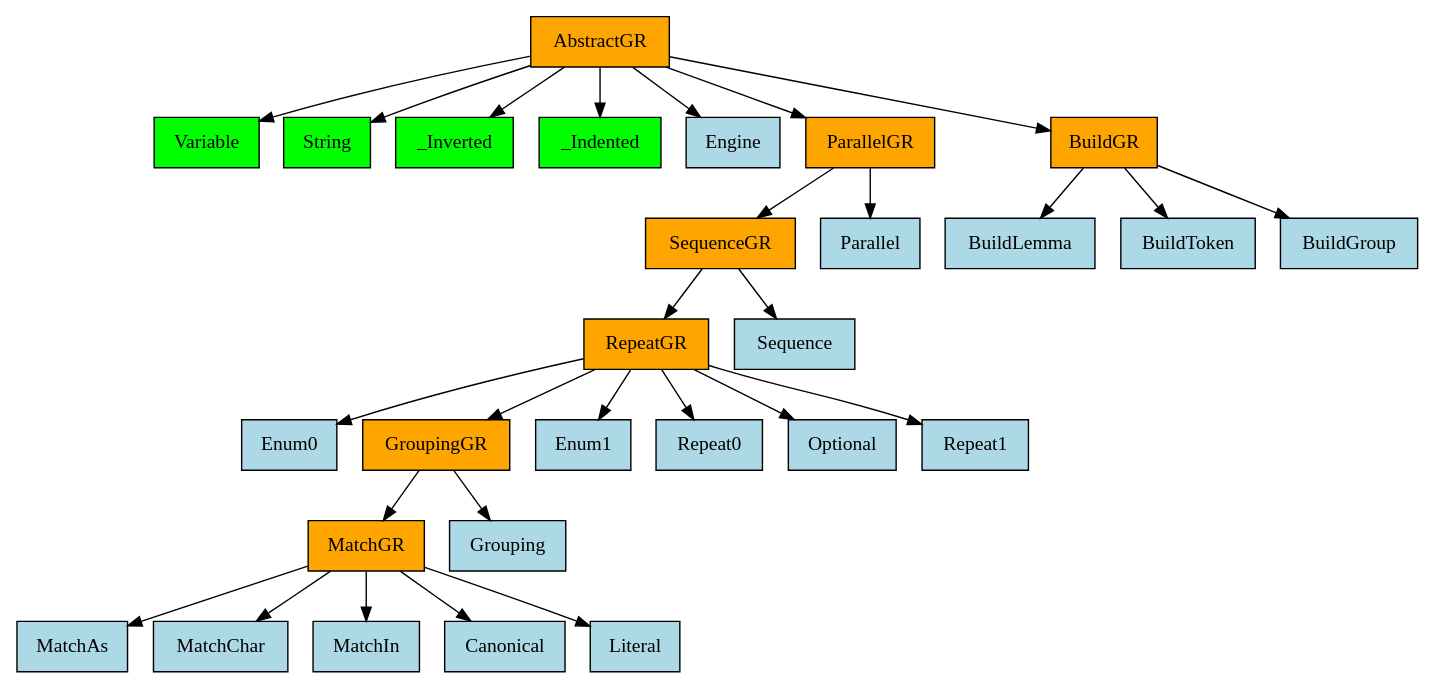
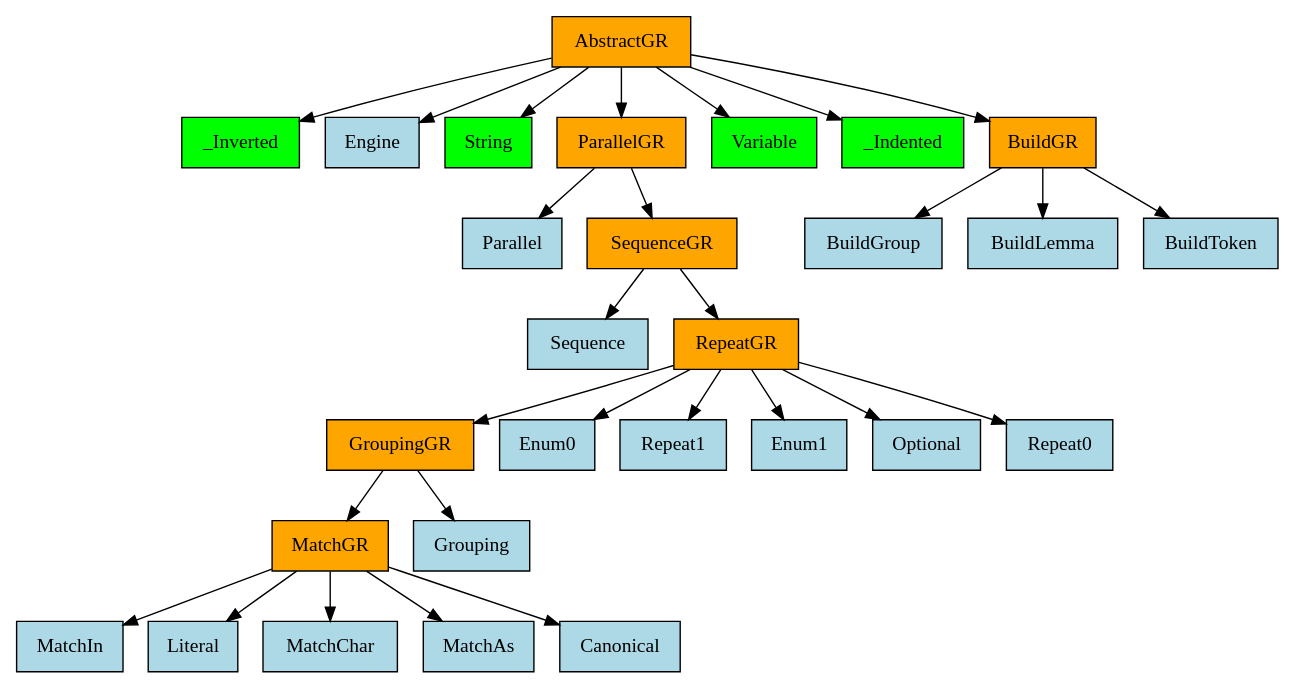
One commit to GabrielAmare/Language changed the diagram in language/base/bnf/v0_0_1/core/mro_graph.gv. Above: the diagram before and after it, drawn with Graphviz. The commit also changed 8 other files, not shown here.

```diff
--- a/language/base/bnf/v0_0_1/core/mro_graph.gv
+++ b/language/base/bnf/v0_0_1/core/mro_graph.gv
@@ -1,57 +1,57 @@
 digraph {
 	0 [label=AbstractGR fillcolor=orange shape=rect style=filled]
-	1 [label=Variable fillcolor=lime shape=rect style=filled]
-	2 [label=String fillcolor=lime shape=rect style=filled]
-	3 [label=_Inverted fillcolor=lime shape=rect style=filled]
-	4 [label=_Indented fillcolor=lime shape=rect style=filled]
-	5 [label=Engine fillcolor=lightblue shape=rect style=filled]
-	6 [label=ParallelGR fillcolor=orange shape=rect style=filled]
+	1 [label=_Inverted fillcolor=lime shape=rect style=filled]
+	2 [label=Engine fillcolor=lightblue shape=rect style=filled]
+	3 [label=String fillcolor=lime shape=rect style=filled]
+	4 [label=ParallelGR fillcolor=orange shape=rect style=filled]
+	5 [label=Variable fillcolor=lime shape=rect style=filled]
+	6 [label=_Indented fillcolor=lime shape=rect style=filled]
 	7 [label=BuildGR fillcolor=orange shape=rect style=filled]
-	8 [label=BuildLemma fillcolor=lightblue shape=rect style=filled]
-	9 [label=BuildToken fillcolor=lightblue shape=rect style=filled]
-	10 [label=BuildGroup fillcolor=lightblue shape=rect style=filled]
-	11 [label=SequenceGR fillcolor=orange shape=rect style=filled]
-	12 [label=Parallel fillcolor=lightblue shape=rect style=filled]
-	13 [label=RepeatGR fillcolor=orange shape=rect style=filled]
-	14 [label=Sequence fillcolor=lightblue shape=rect style=filled]
-	15 [label=Enum0 fillcolor=lightblue shape=rect style=filled]
-	16 [label=GroupingGR fillcolor=orange shape=rect style=filled]
-	17 [label=Enum1 fillcolor=lightblue shape=rect style=filled]
-	18 [label=Repeat0 fillcolor=lightblue shape=rect style=filled]
+	8 [label=BuildGroup fillcolor=lightblue shape=rect style=filled]
+	9 [label=BuildLemma fillcolor=lightblue shape=rect style=filled]
+	10 [label=BuildToken fillcolor=lightblue shape=rect style=filled]
+	11 [label=Parallel fillcolor=lightblue shape=rect style=filled]
+	12 [label=SequenceGR fillcolor=orange shape=rect style=filled]
+	13 [label=Sequence fillcolor=lightblue shape=rect style=filled]
+	14 [label=RepeatGR fillcolor=orange shape=rect style=filled]
+	15 [label=GroupingGR fillcolor=orange shape=rect style=filled]
+	16 [label=Enum0 fillcolor=lightblue shape=rect style=filled]
+	17 [label=Repeat1 fillcolor=lightblue shape=rect style=filled]
+	18 [label=Enum1 fillcolor=lightblue shape=rect style=filled]
 	19 [label=Optional fillcolor=lightblue shape=rect style=filled]
-	20 [label=Repeat1 fillcolor=lightblue shape=rect style=filled]
+	20 [label=Repeat0 fillcolor=lightblue shape=rect style=filled]
 	21 [label=MatchGR fillcolor=orange shape=rect style=filled]
 	22 [label=Grouping fillcolor=lightblue shape=rect style=filled]
-	23 [label=MatchAs fillcolor=lightblue shape=rect style=filled]
-	24 [label=MatchChar fillcolor=lightblue shape=rect style=filled]
-	25 [label=MatchIn fillcolor=lightblue shape=rect style=filled]
-	26 [label=Canonical fillcolor=lightblue shape=rect style=filled]
-	27 [label=Literal fillcolor=lightblue shape=rect style=filled]
+	23 [label=MatchIn fillcolor=lightblue shape=rect style=filled]
+	24 [label=Literal fillcolor=lightblue shape=rect style=filled]
+	25 [label=MatchChar fillcolor=lightblue shape=rect style=filled]
+	26 [label=MatchAs fillcolor=lightblue shape=rect style=filled]
+	27 [label=Canonical fillcolor=lightblue shape=rect style=filled]
 	0 -> 1
 	0 -> 2
 	0 -> 3
 	0 -> 4
 	0 -> 5
 	0 -> 6
 	0 -> 7
 	7 -> 8
 	7 -> 9
 	7 -> 10
-	6 -> 11
-	6 -> 12
-	11 -> 13
-	11 -> 14
-	13 -> 15
-	13 -> 16
-	13 -> 17
-	13 -> 18
-	13 -> 19
-	13 -> 20
-	16 -> 21
-	16 -> 22
+	4 -> 11
+	4 -> 12
+	12 -> 13
+	12 -> 14
+	14 -> 15
+	14 -> 16
+	14 -> 17
+	14 -> 18
+	14 -> 19
+	14 -> 20
+	15 -> 21
+	15 -> 22
 	21 -> 23
 	21 -> 24
 	21 -> 25
 	21 -> 26
 	21 -> 27
 }
```
